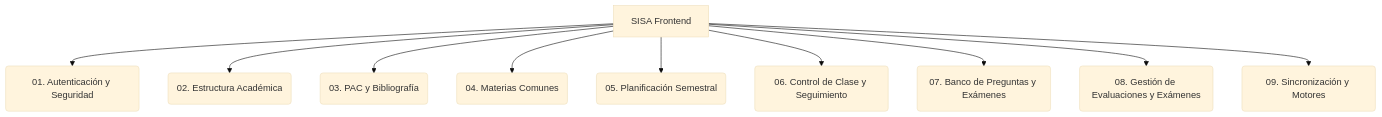
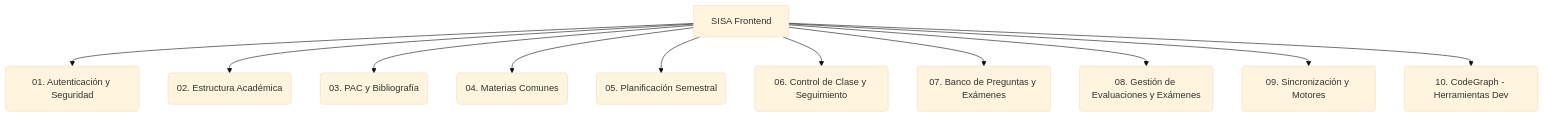
One commit to haroldiux/Academico changed the diagram in README.md. Above: the diagram before and after it, drawn with Mermaid (base theme). The commit also changed other lines of this file and 17 other files, not shown here.

````diff
--- a/README.md
+++ b/README.md
@@ -14,12 +14,13 @@
 ```mermaid
 graph TD
     A[SISA Frontend] --> B(01. Autenticación y Seguridad)
     A --> C(02. Estructura Académica)
     A --> D(03. PAC y Bibliografía)
     A --> E(04. Materias Comunes)
     A --> F(05. Planificación Semestral)
     A --> G(06. Control de Clase y Seguimiento)
     A --> H(07. Banco de Preguntas y Exámenes)
     A --> I(08. Gestión de Evaluaciones y Exámenes)
     A --> J(09. Sincronización y Motores)
+    A --> K(10. CodeGraph - Herramientas Dev)
 ```
````
